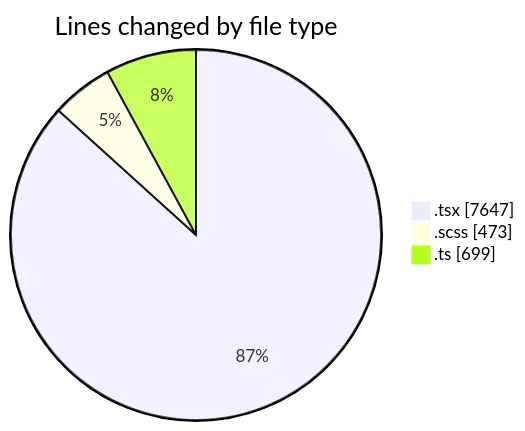
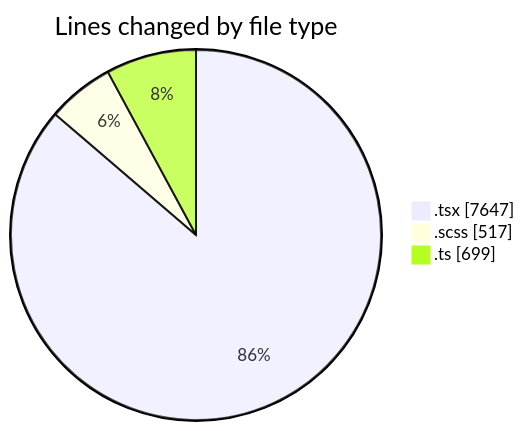
The first of 2 diagrams in 2025-07-03/cda/README.md (momahboobian/code-tracking), drawn with Mermaid before and after one commit. The commit also changed other lines of this file and 1 other file, not shown here.

````diff
--- a/2025-07-03/cda/README.md
+++ b/2025-07-03/cda/README.md
@@ -47,7 +47,7 @@
 ```mermaid
 pie showData
 title Lines changed by file type
 ".tsx" : 7647
-".scss" : 473
+".scss" : 517
 ".ts" : 699
 ```
````
